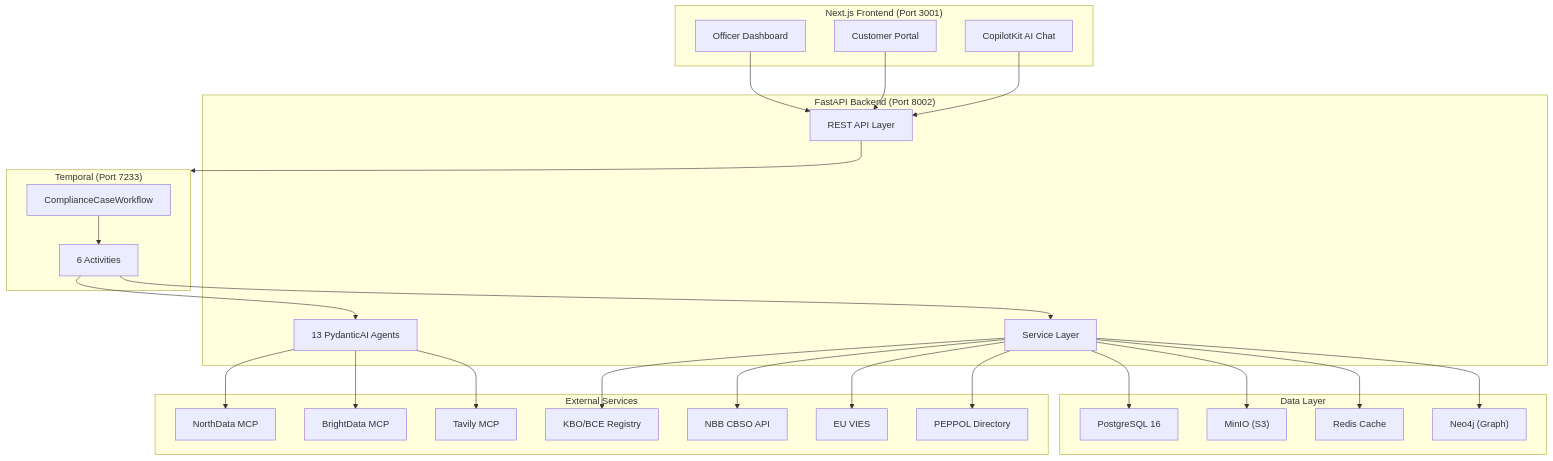
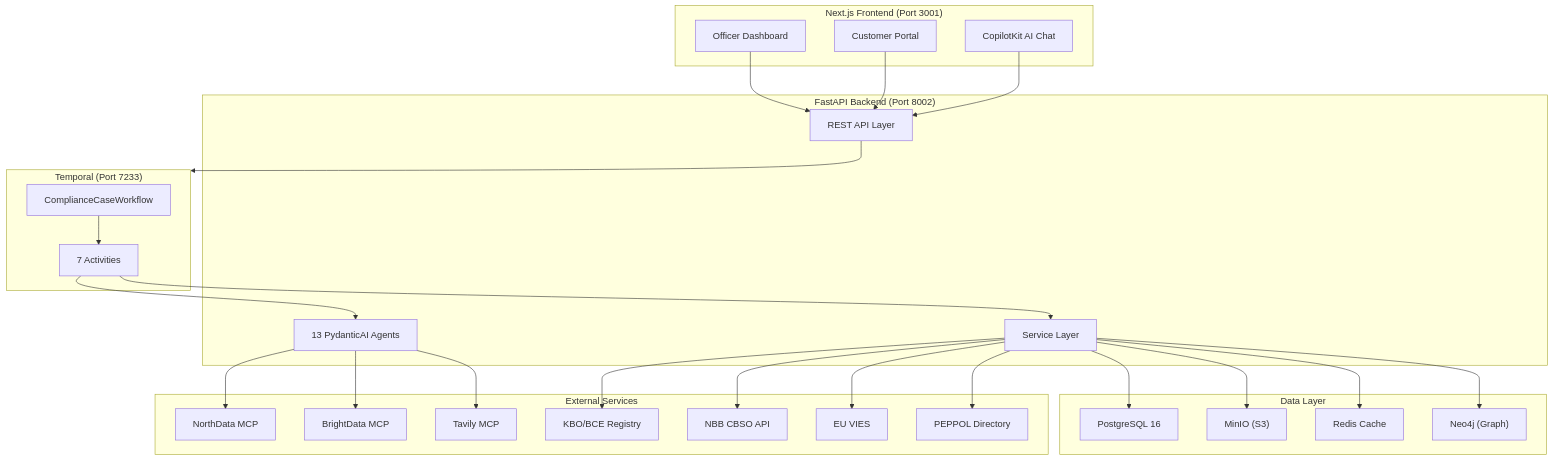
The diagram in docs/architecture/overview.md (Tsunami-max/trust-relay-docs), drawn with Mermaid before and after one commit. The commit also changed other lines of this file and 24 other files, not shown here.

````diff
--- a/docs/architecture/overview.md
+++ b/docs/architecture/overview.md
@@ -14,55 +14,55 @@
 ```mermaid
 graph TB
     subgraph Frontend["Next.js Frontend (Port 3001)"]
         Dashboard["Officer Dashboard"]
         Portal["Customer Portal"]
         CopilotKit["CopilotKit AI Chat"]
     end
 
     subgraph Backend["FastAPI Backend (Port 8002)"]
         API["REST API Layer"]
         Agents["13 PydanticAI Agents"]
         Services["Service Layer"]
     end
 
     subgraph Temporal["Temporal (Port 7233)"]
         Workflow["ComplianceCaseWorkflow"]
-        Activities["6 Activities"]
+        Activities["7 Activities"]
     end
 
     subgraph Storage["Data Layer"]
         PG["PostgreSQL 16"]
         MinIO["MinIO (S3)"]
         Redis["Redis Cache"]
         Neo4j["Neo4j (Graph)"]
     end
 
     subgraph External["External Services"]
         NorthData["NorthData MCP"]
         BrightData["BrightData MCP"]
         Tavily["Tavily MCP"]
         KBO["KBO/BCE Registry"]
         NBB["NBB CBSO API"]
         VIES["EU VIES"]
         PEPPOL["PEPPOL Directory"]
     end
 
     Dashboard --> API
     Portal --> API
     CopilotKit --> API
     API --> Temporal
     Workflow --> Activities
     Activities --> Agents
     Activities --> Services
     Agents --> NorthData
     Agents --> BrightData
     Agents --> Tavily
     Services --> KBO
     Services --> NBB
     Services --> VIES
     Services --> PEPPOL
     Services --> PG
     Services --> MinIO
     Services --> Redis
     Services --> Neo4j
 ```
````
